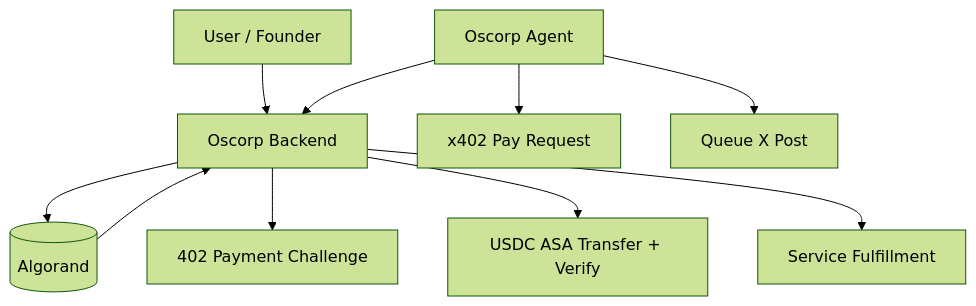
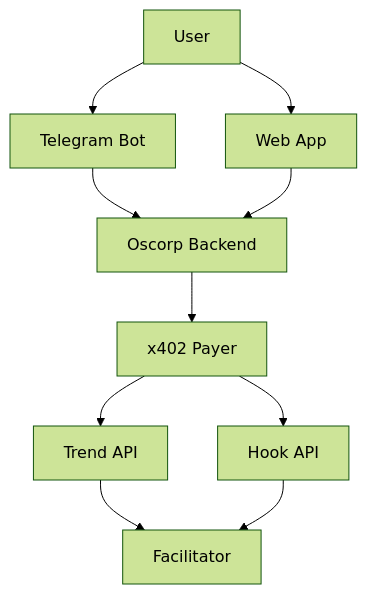
Before and after one commit to Caerlower/Oscorp: the diagram in README.md, drawn with Mermaid (forest theme). The commit also changed other lines of this file and 277 other files, not shown here.

````diff
--- a/README.md
+++ b/README.md
@@ -21,18 +41,17 @@
 ```mermaid
 flowchart TB
-    U[User / Founder]
+    U[User]
+    W[Web App]
+    TG[Telegram Bot]
     B[Oscorp Backend]
-    A[Oscorp Agent]
-    C[(Algorand)]
+    XP[x402 Payer]
+    P1[Trend API]
+    P2[Hook API]
+    F[Facilitator]
 
-    U --> B
-    A --> B
-    B --> C
-    C --> B
-
-    B --> P1[402 Payment Challenge]
-    A --> P2[x402 Pay Request]
-    B --> P3[USDC ASA Transfer + Verify]
-    B --> P4[Service Fulfillment]
-    A --> P5[Queue X Post]
+    U --> W & TG
+    TG --> B
+    W --> B
+    B --> XP --> P1 & P2
+    P1 & P2 --> F
 ```
````
